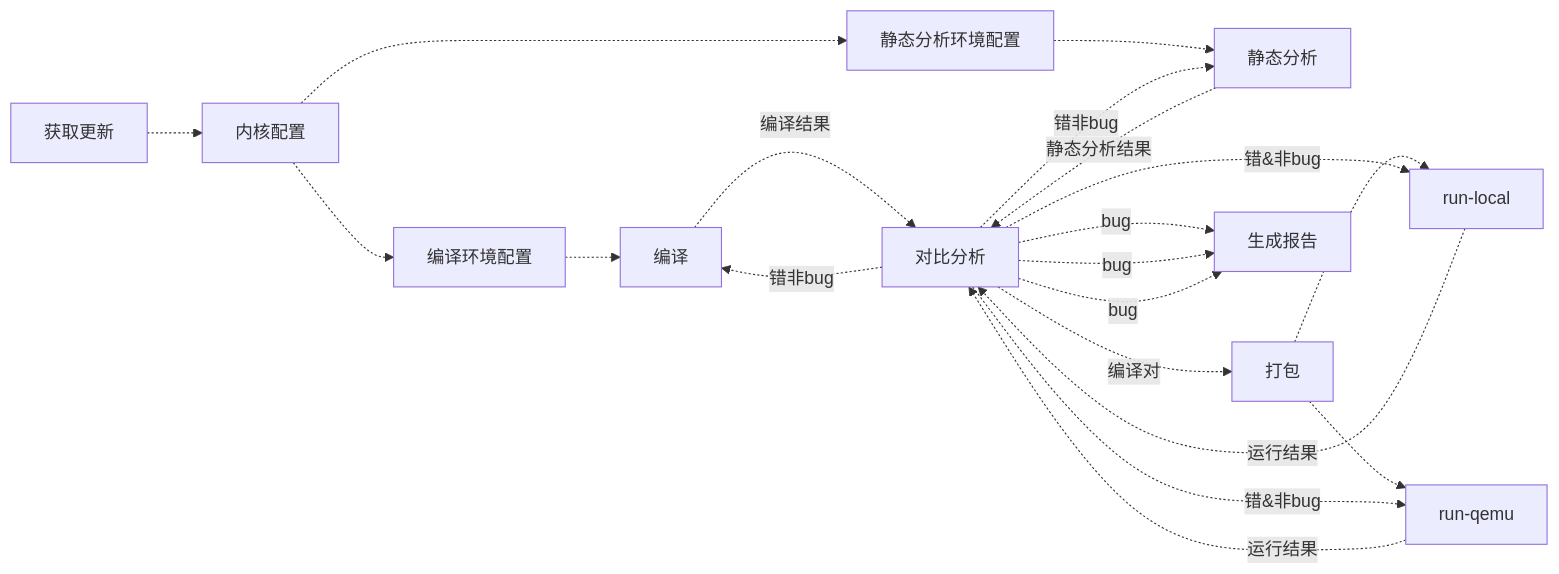
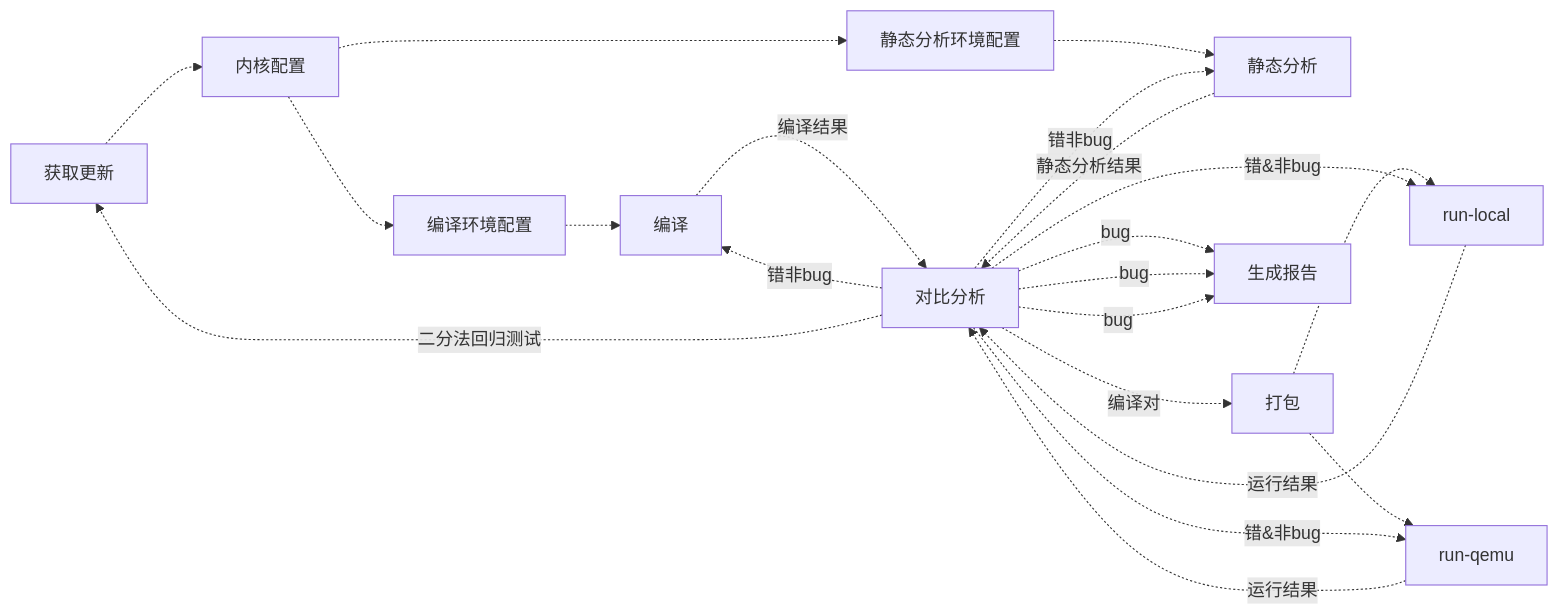
The second of 2 diagrams in doc/kis-design/kis-design.md (openthos/kis-analysis), drawn with Mermaid before and after one commit. The commit also changed other lines of this file, not shown here.

````diff
--- a/doc/kis-design/kis-design.md
+++ b/doc/kis-design/kis-design.md
@@ -90,23 +98,24 @@
 ```mermaid
 graph LR
 A[获取更新] -.->B[内核配置]
 B-.->C[编译环境配置]
 B-.->D[静态分析环境配置]
 C-.->E[编译]
 D-.->F[静态分析]
 E-.->|编译结果|G[对比分析]
 F-.->|静态分析结果|G
 G-.->|错非bug|E
 G-.->|错非bug|F
 G-.->|编译对|I[打包]
 I-.->J[run-local]
 I-.->K[run-qemu]
 J-.->|运行结果|G
 K-.->|运行结果|G
 G-.->|错&非bug|J
 G-.->|错&非bug|K
 G-.->|bug|M[生成报告]
 G-.->|bug|M
 G-.->|bug|M
+G-.->|二分法回归测试|A
 
 ```
````
